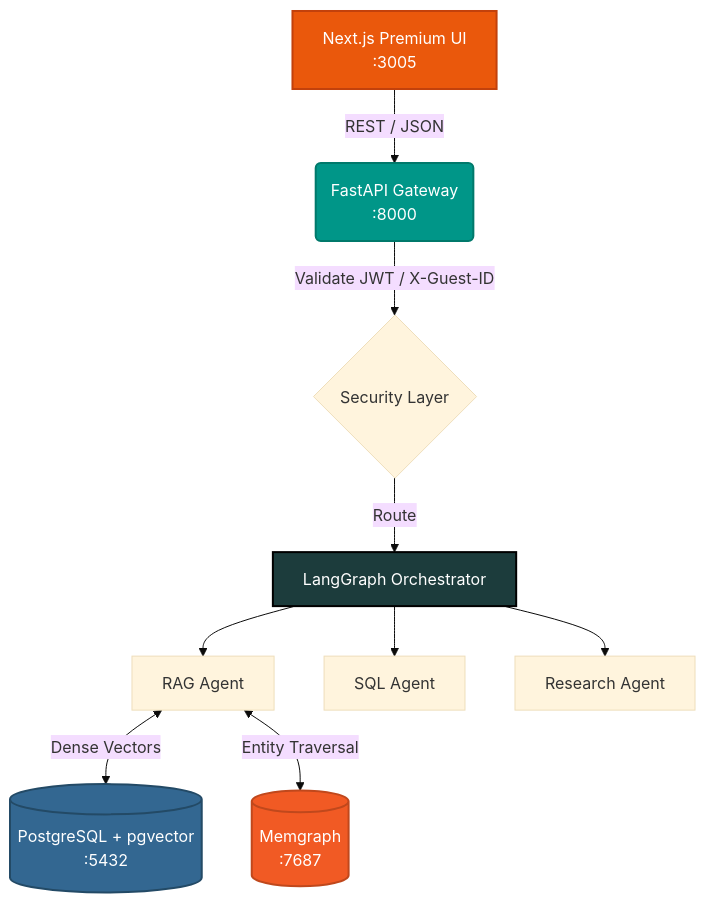
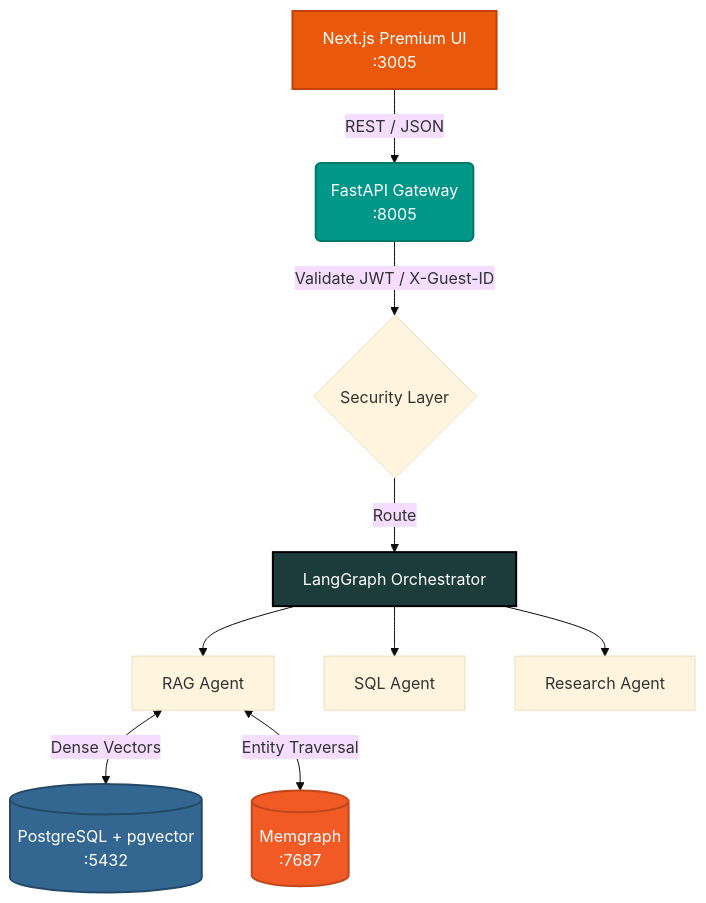
Before and after one commit to Harsh-Sharma29/AgenticFlow: the diagram in README.md, drawn with Mermaid (base theme). The commit also changed 2 other files, not shown here.

Commit message:
AgenticFlow rebrand

````diff
--- a/README.md
+++ b/README.md
@@ -53,20 +53,20 @@
 ```mermaid
 graph TD
-    UI[Next.js Premium UI <br/> :3005] -->|REST / JSON| GW(FastAPI Gateway <br/> :8000)
+    UI[Next.js Premium UI <br/> :3005] -->|REST / JSON| GW(FastAPI Gateway <br/> :8005)
     
     GW -->|Validate JWT / X-Guest-ID| Auth{Security Layer}
     Auth -->|Route| ORCH[LangGraph Orchestrator]
     
     ORCH --> RAG[RAG Agent]
     ORCH --> SQL[SQL Agent]
     ORCH --> WEB[Research Agent]
     
     RAG <-->|Dense Vectors| PG[(PostgreSQL + pgvector <br/> :5432)]
     RAG <-->|Entity Traversal| MG[(Memgraph <br/> :7687)]
     
     style UI fill:#ea580c,stroke:#c2410c,stroke-width:2px,color:#fff
     style GW fill:#009688,stroke:#00796B,stroke-width:2px,color:#fff
     style ORCH fill:#1C3C3C,stroke:#000,stroke-width:2px,color:#fff
     style PG fill:#336791,stroke:#234a66,stroke-width:2px,color:#fff
     style MG fill:#f15a24,stroke:#c0481c,stroke-width:2px,color:#fff
 ```
````
